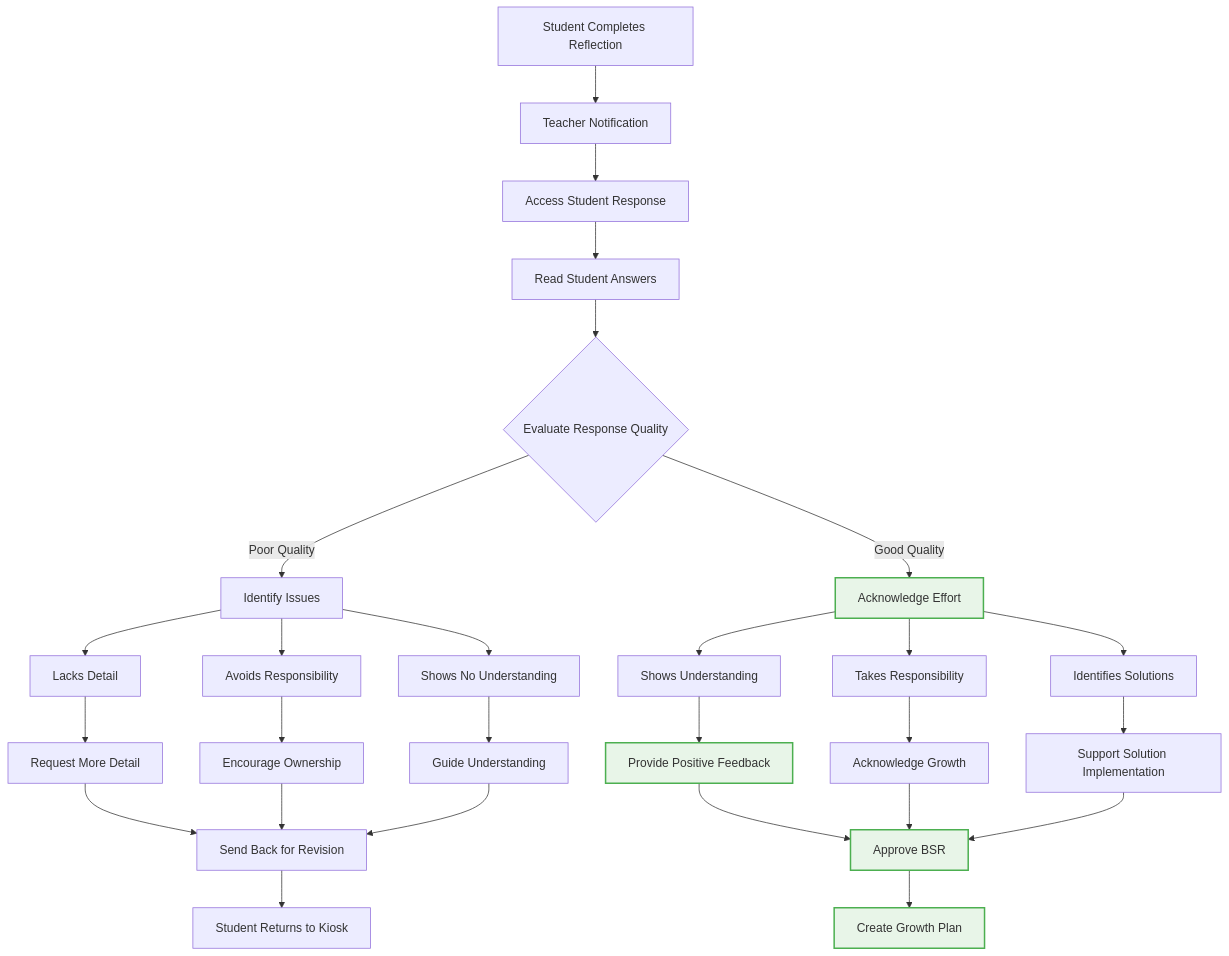
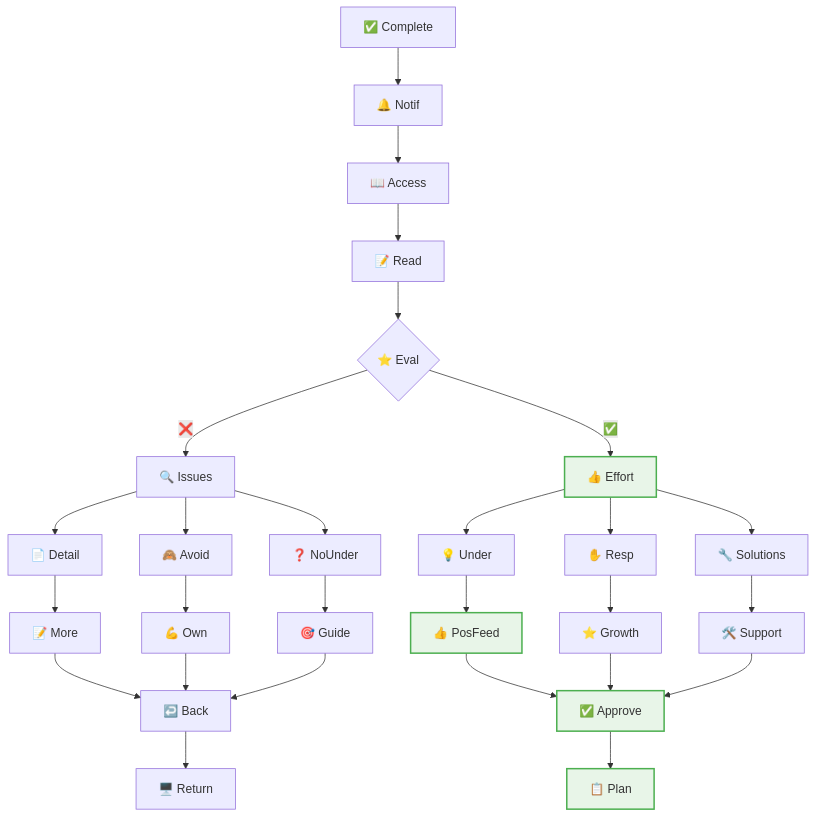
The fifth of 5 diagrams in docs/flowcharts/User-Journeys/12-teacher-workflow-journey.md (Splurfa/bx-os), drawn with Mermaid before and after one commit. The commit also changed other lines of this file and 4 other files, not shown here.

Commit message:
Fix all flowchart text cutoff

````diff
--- a/docs/flowcharts/User-Journeys/12-teacher-workflow-journey.md
+++ b/docs/flowcharts/User-Journeys/12-teacher-workflow-journey.md
@@ -153,42 +232,42 @@
 ```mermaid
 flowchart TD
-    A[Student Completes Reflection] --> B[Teacher Notification]
-    B --> C[Access Student Response]
-    C --> D[Read Student Answers]
+    A[✅ Complete] --> B[🔔 Notif]
+    B --> C[📖 Access]
+    C --> D[📝 Read]
     
-    D --> E{Evaluate Response Quality}
-    E -->|Poor Quality| F[Identify Issues]
-    E -->|Good Quality| G[Acknowledge Effort]
+    D --> E{⭐ Eval}
+    E -->|❌| F[🔍 Issues]
+    E -->|✅| G[👍 Effort]
     
-    F --> H[Lacks Detail]
-    F --> I[Avoids Responsibility]
-    F --> J[Shows No Understanding]
+    F --> H[📄 Detail]
+    F --> I[🙈 Avoid]
+    F --> J[❓ NoUnder]
     
-    G --> K[Shows Understanding]
-    G --> L[Takes Responsibility]
-    G --> M[Identifies Solutions]
+    G --> K[💡 Under]
+    G --> L[✋ Resp]
+    G --> M[🔧 Solutions]
     
-    H --> N[Request More Detail]
-    I --> O[Encourage Ownership]
-    J --> P[Guide Understanding]
+    H --> N[📝 More]
+    I --> O[💪 Own]
+    J --> P[🎯 Guide]
     
-    K --> Q[Provide Positive Feedback]
-    L --> R[Acknowledge Growth]
-    M --> S[Support Solution Implementation]
+    K --> Q[👍 PosFeed]
+    L --> R[⭐ Growth]
+    M --> S[🛠️ Support]
     
-    N --> T[Send Back for Revision]
+    N --> T[↩️ Back]
     O --> T
     P --> T
     
-    Q --> U[Approve BSR]
+    Q --> U[✅ Approve]
     R --> U
     S --> U
     
-    T --> V[Student Returns to Kiosk]
-    U --> W[Create Growth Plan]
+    T --> V[🖥️ Return]
+    U --> W[📋 Plan]
     
     style G fill:#e8f5e8,stroke:#4caf50,stroke-width:2px
     style Q fill:#e8f5e8,stroke:#4caf50,stroke-width:2px
     style U fill:#e8f5e8,stroke:#4caf50,stroke-width:2px
     style W fill:#e8f5e8,stroke:#4caf50,stroke-width:2px
 ```
````
